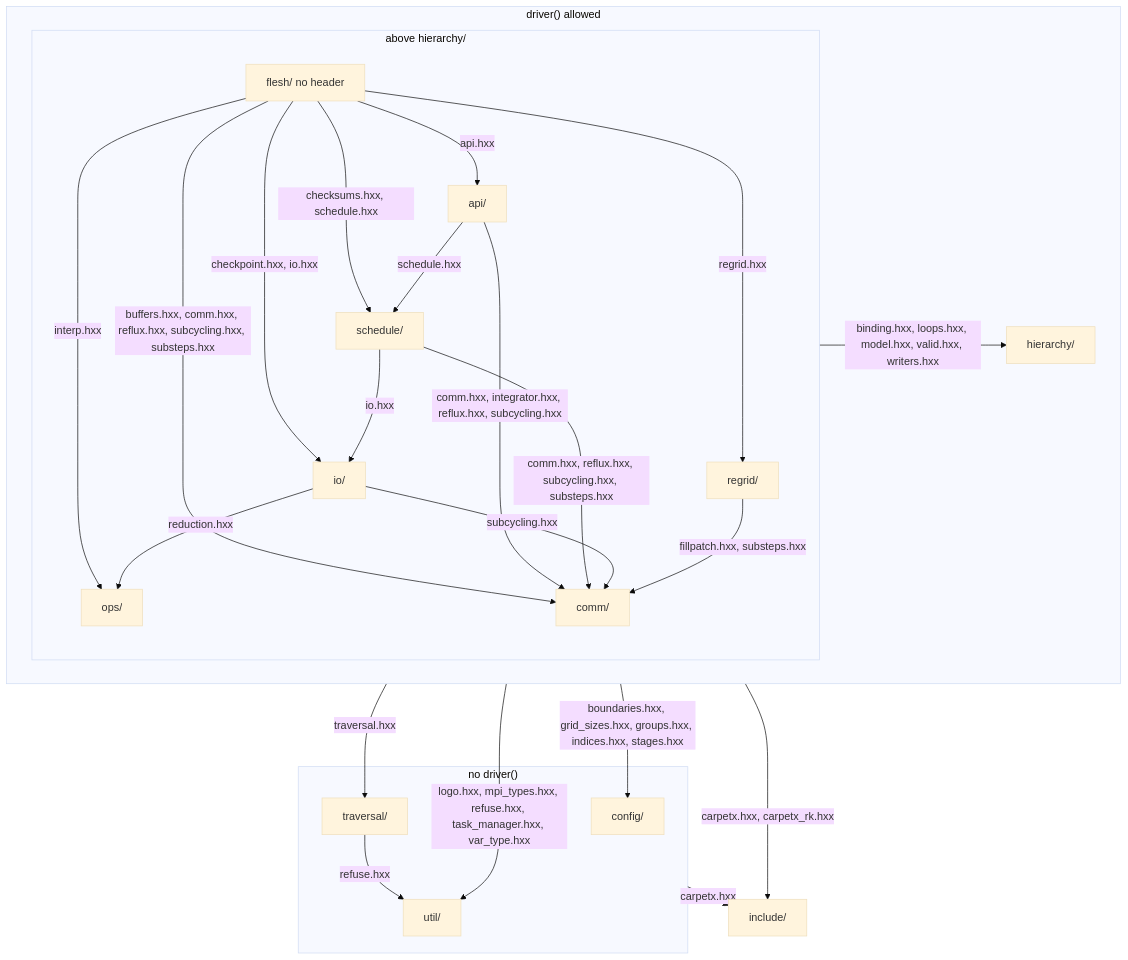
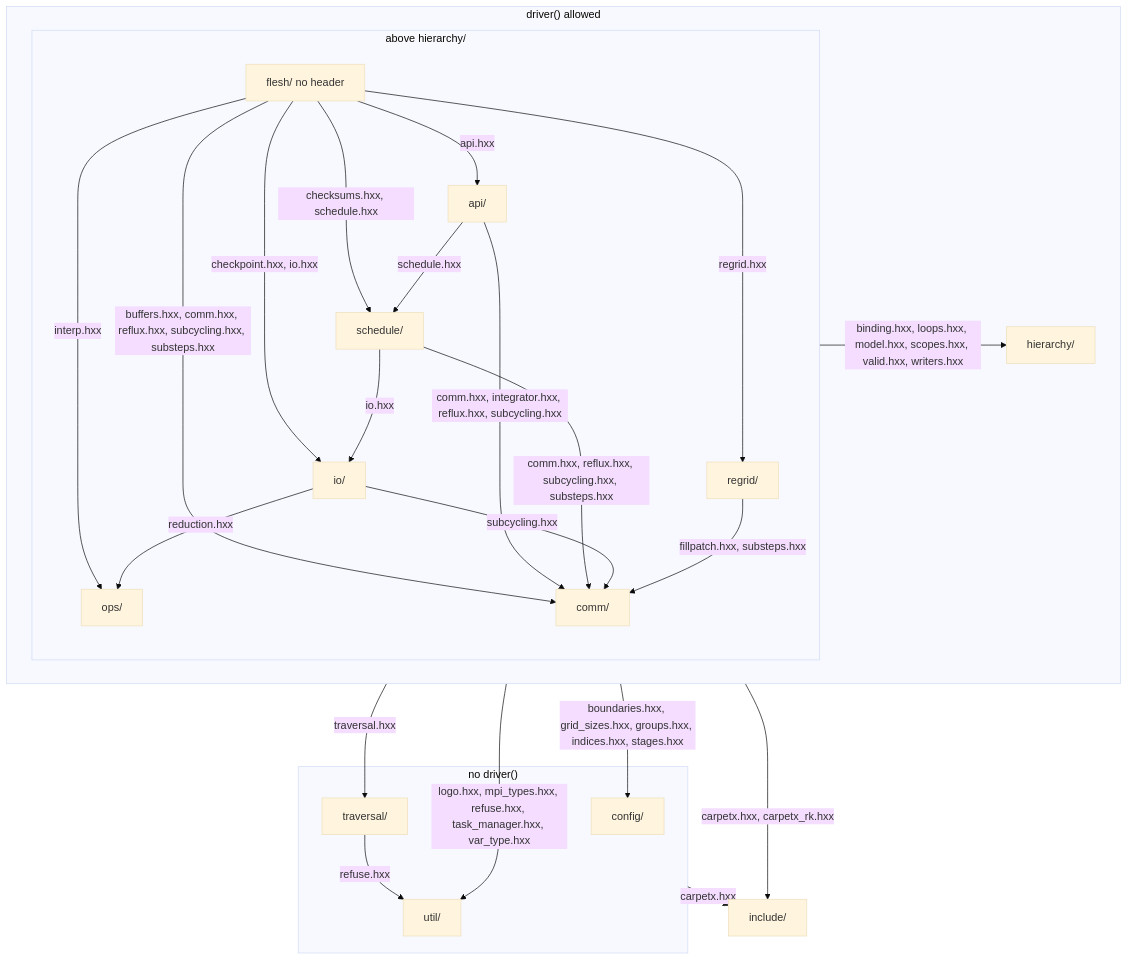
One commit to lwJi/CarpetX changed the first of 3 diagrams in agent_docs/carpetx-internals.md. Above: the diagram before and after it, drawn with Mermaid (base theme). The commit also changed 29 other files, not shown here.

````diff
--- a/agent_docs/carpetx-internals.md
+++ b/agent_docs/carpetx-internals.md
@@ -7,41 +7,41 @@
 ```mermaid
 flowchart TB
   subgraph door["driver() allowed"]
     subgraph above["above hierarchy/"]
       flesh["flesh/ no header"]
       api["api/"]
       schedule["schedule/"]
       io["io/"]
       ops["ops/"]
       regrid["regrid/"]
       comm["comm/"]
     end
     hierarchy["hierarchy/"]
   end
   subgraph nodoor["no driver()"]
     config["config/"]
     traversal["traversal/"]
     util["util/"]
   end
   include["include/"]
   flesh -- "api.hxx" --> api
   flesh -- "checksums.hxx, schedule.hxx" --> schedule
   flesh -- "checkpoint.hxx, io.hxx" --> io
   flesh -- "interp.hxx" --> ops
   flesh -- "regrid.hxx" --> regrid
   flesh -- "buffers.hxx, comm.hxx, reflux.hxx, subcycling.hxx, substeps.hxx" --> comm
   api -- "schedule.hxx" --> schedule
   api -- "comm.hxx, integrator.hxx, reflux.hxx, subcycling.hxx" --> comm
   schedule -- "io.hxx" --> io
   schedule -- "comm.hxx, reflux.hxx, subcycling.hxx, substeps.hxx" --> comm
   io -- "reduction.hxx" --> ops
   io -- "subcycling.hxx" --> comm
   regrid -- "fillpatch.hxx, substeps.hxx" --> comm
   traversal -- "refuse.hxx" --> util
-  above -- "binding.hxx, loops.hxx, model.hxx, valid.hxx, writers.hxx" --> hierarchy
+  above -- "binding.hxx, loops.hxx, model.hxx, scopes.hxx, valid.hxx, writers.hxx" --> hierarchy
   door -- "boundaries.hxx, grid_sizes.hxx, groups.hxx, indices.hxx, stages.hxx" --> config
   door -- "traversal.hxx" --> traversal
   door -- "logo.hxx, mpi_types.hxx, refuse.hxx, task_manager.hxx, var_type.hxx" --> util
   door -- "carpetx.hxx, carpetx_rk.hxx" --> include
   nodoor -- "carpetx.hxx" --> include
 ```
````
